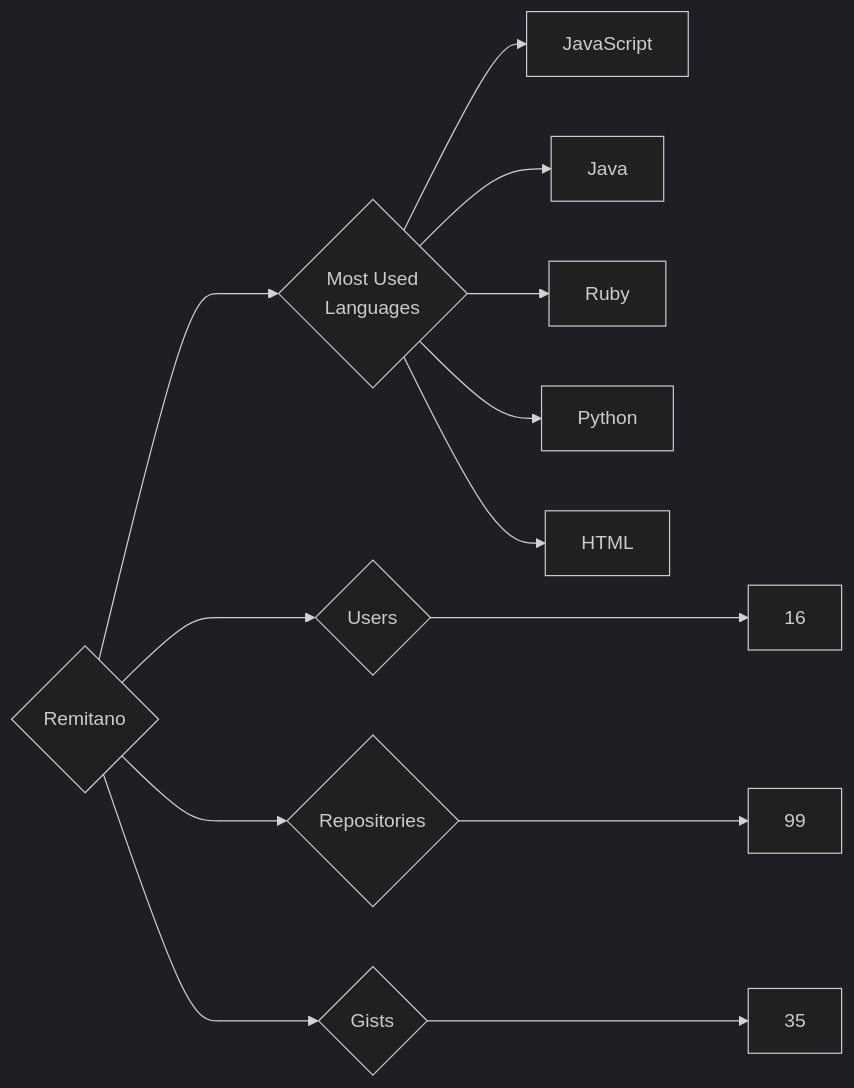
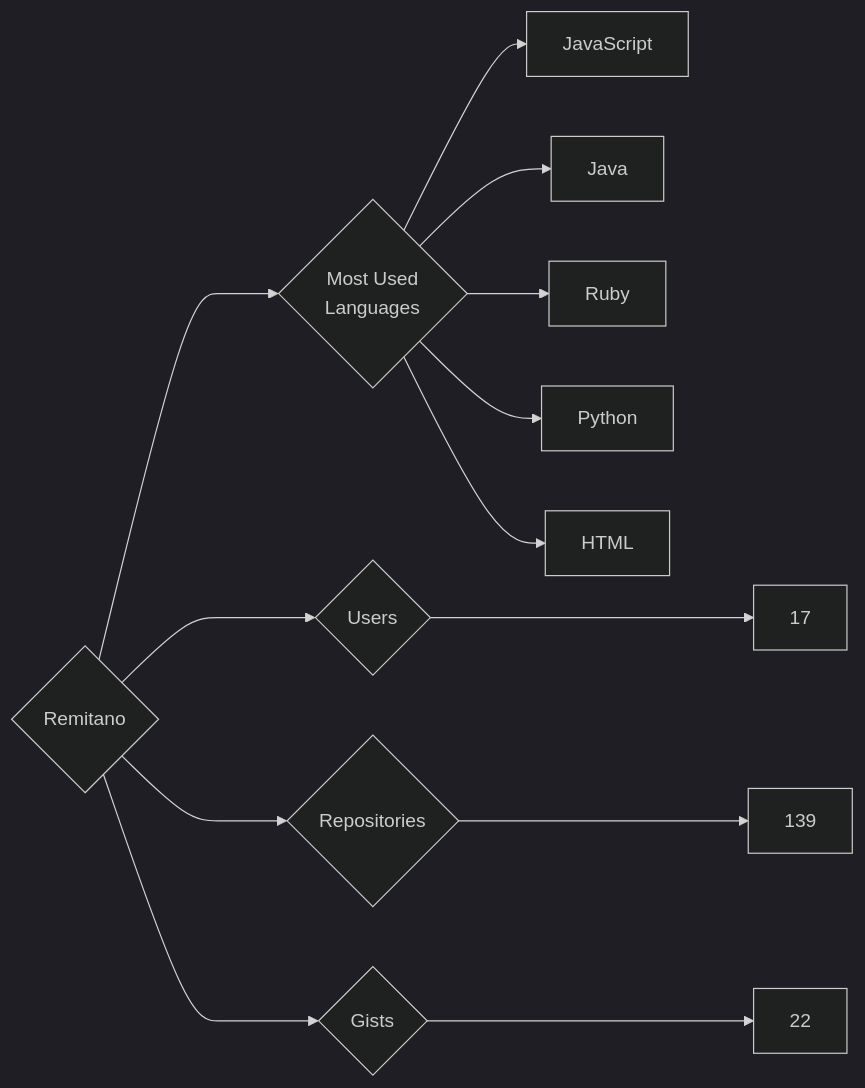
One commit to trickest/insiders changed the diagram in targets/Remitano/README.md. Above: the diagram before and after it, drawn with Mermaid (dark theme). The commit also changed 940 other files, not shown here.

````diff
--- a/targets/Remitano/README.md
+++ b/targets/Remitano/README.md
@@ -3,13 +3,13 @@
 ```mermaid
 graph LR
 COMPANY_NAME{Remitano}
-COMPANY_NAME ---> U{Users} ---> UN[16]
-COMPANY_NAME ---> R{Repositories} ---> RN[99]
-COMPANY_NAME ---> G{Gists} ---> GN[35]
+COMPANY_NAME ---> U{Users} ---> UN[17]
+COMPANY_NAME ---> R{Repositories} ---> RN[139]
+COMPANY_NAME ---> G{Gists} ---> GN[22]
 COMPANY_NAME ---> ML{Most Used<br>Languages}
 ML --> JavaScript[JavaScript]
 ML --> Java[Java]
 ML --> Ruby[Ruby]
 ML --> Python[Python]
 ML --> HTML[HTML]
 ```
````
